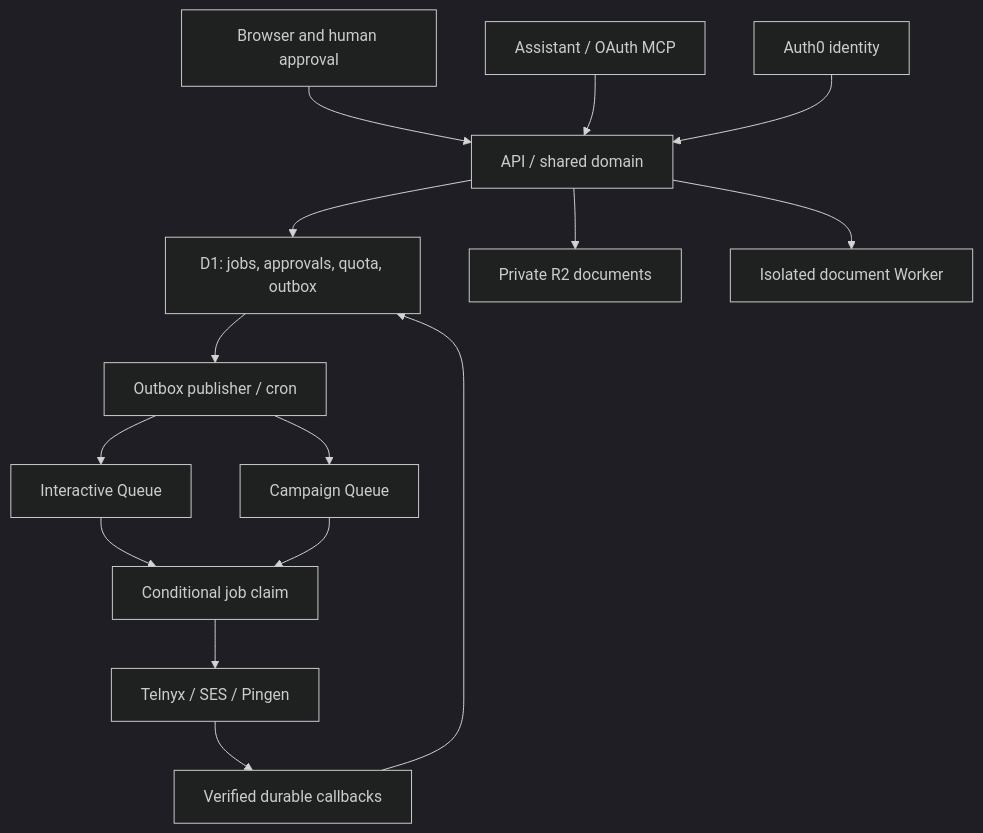
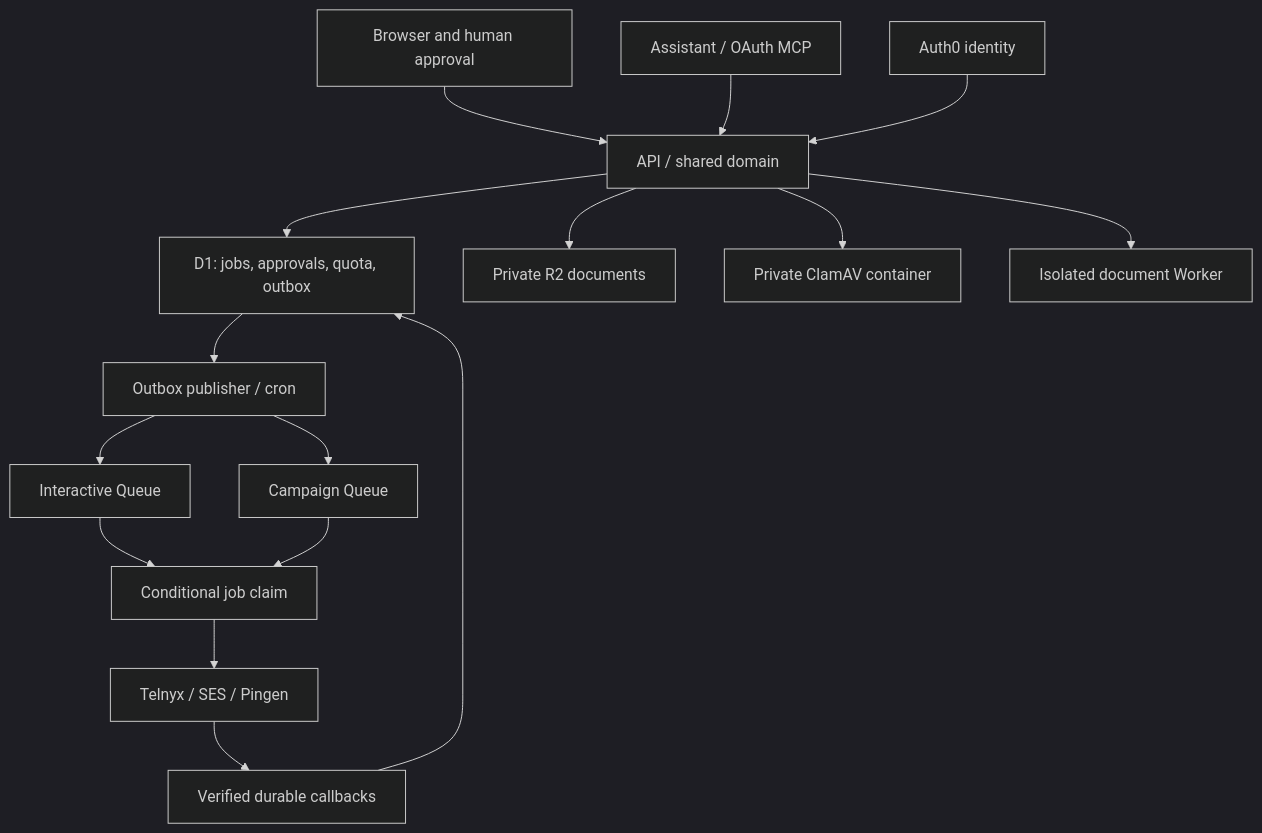
The diagram in docs/ARCHITECTURE.md (nclsppr/guteneo), drawn with Mermaid (dark theme) before and after one commit. The commit also changed other lines of this file and 136 other files, not shown here.

````diff
--- a/docs/ARCHITECTURE.md
+++ b/docs/ARCHITECTURE.md
@@ -5,17 +5,18 @@
 ```mermaid
 flowchart TD
   Human["Browser and human approval"] --> API["API / shared domain"]
   Assistant["Assistant / OAuth MCP"] --> API
   Identity["Auth0 identity"] --> API
   API --> D1["D1: jobs, approvals, quota, outbox"]
   API --> R2["Private R2 documents"]
+  API --> Scanner["Private ClamAV container"]
   API --> Renderer["Isolated document Worker"]
   D1 --> Publisher["Outbox publisher / cron"]
   Publisher --> Interactive["Interactive Queue"]
   Publisher --> Bulk["Campaign Queue"]
   Interactive --> Consumer["Conditional job claim"]
   Bulk --> Consumer
   Consumer --> Providers["Telnyx / SES / Pingen"]
   Providers --> Webhooks["Verified durable callbacks"]
   Webhooks --> D1
 ```
````
